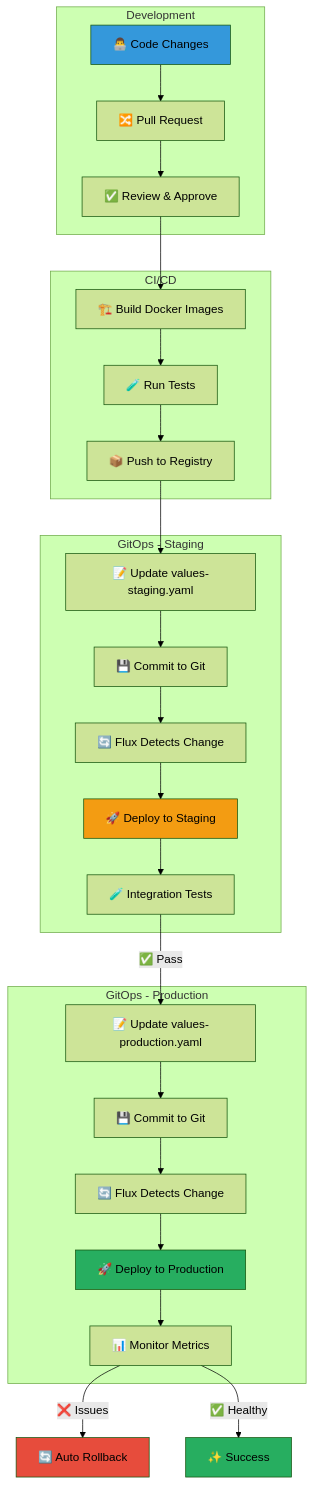
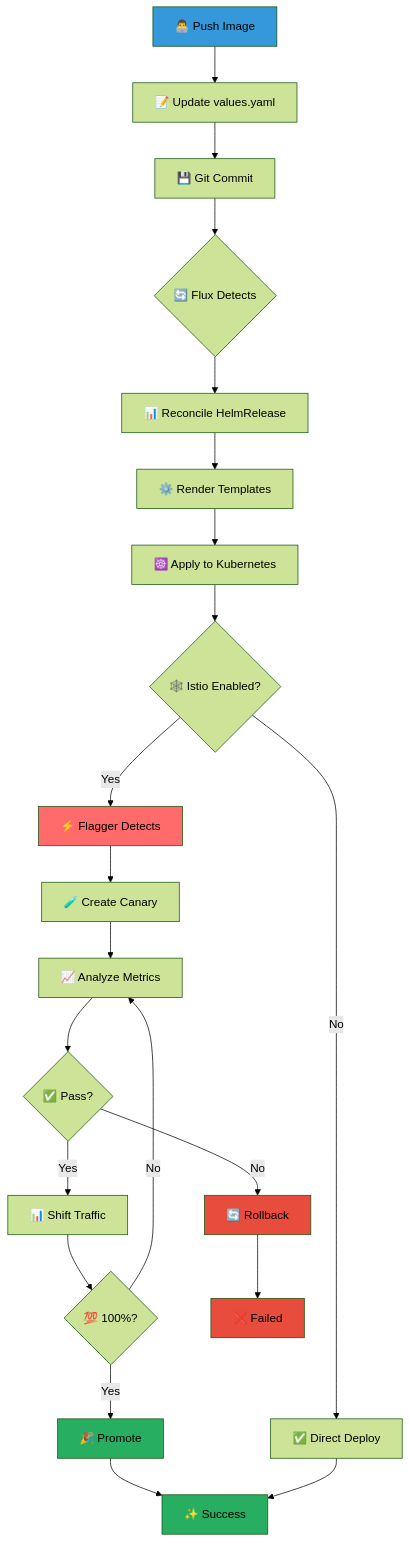
Before and after one commit to Saoudyahya/Flux-gitops-Market-Impact-Analysis-system: the third of 6 diagrams in README.md, drawn with Mermaid (forest theme). The commit also changed other lines of this file, not shown here.

````diff
--- a/README.md
+++ b/README.md
@@ -568,38 +618,36 @@
 ```mermaid
 graph TB
-    subgraph "Development"
-        A[👨‍💻 Code Changes] --> B[🔀 Pull Request]
-        B --> C[✅ Review & Approve]
-    end
+    A[👨‍💻 Push Image] --> B[📝 Update values.yaml]
+    B --> C[💾 Git Commit]
+    C --> D{🔄 Flux Detects}
     
-    subgraph "CI/CD"
-        C --> D[🏗️ Build Docker Images]
-        D --> E[🧪 Run Tests]
-        E --> F[📦 Push to Registry]
-    end
+    D --> E[📊 Reconcile HelmRelease]
+    E --> F[⚙️ Render Templates]
+    F --> G[☸️ Apply to Kubernetes]
     
-    subgraph "GitOps - Staging"
-        F --> G[📝 Update values-staging.yaml]
-        G --> H[💾 Commit to Git]
-        H --> I[🔄 Flux Detects Change]
-        I --> J[🚀 Deploy to Staging]
-        J --> K[🧪 Integration Tests]
-    end
+    G --> H{🕸️ Istio Enabled?}
+    H -->|Yes| I[⚡ Flagger Detects]
+    H -->|No| J[✅ Direct Deploy]
     
-    subgraph "GitOps - Production"
-        K -->|✅ Pass| L[📝 Update values-production.yaml]
-        L --> M[💾 Commit to Git]
-        M --> N[🔄 Flux Detects Change]
-        N --> O[🚀 Deploy to Production]
-        O --> P[📊 Monitor Metrics]
-    end
+    I --> K[🧪 Create Canary]
+    K --> L[📈 Analyze Metrics]
+    L --> M{✅ Pass?}
     
-    P -->|❌ Issues| Q[🔄 Auto Rollback]
-    P -->|✅ Healthy| R[✨ Success]
+    M -->|Yes| N[📊 Shift Traffic]
+    N --> O{💯 100%?}
+    O -->|No| L
+    O -->|Yes| P[🎉 Promote]
+    
+    M -->|No| Q[🔄 Rollback]
+    
+    P --> R[✨ Success]
+    Q --> S[❌ Failed]
+    J --> R
     
     style A fill:#3498DB
-    style J fill:#F39C12
-    style O fill:#27AE60
+    style I fill:#FF6B6B
+    style P fill:#27AE60
     style Q fill:#E74C3C
     style R fill:#27AE60
+    style S fill:#E74C3C
 ```
````
